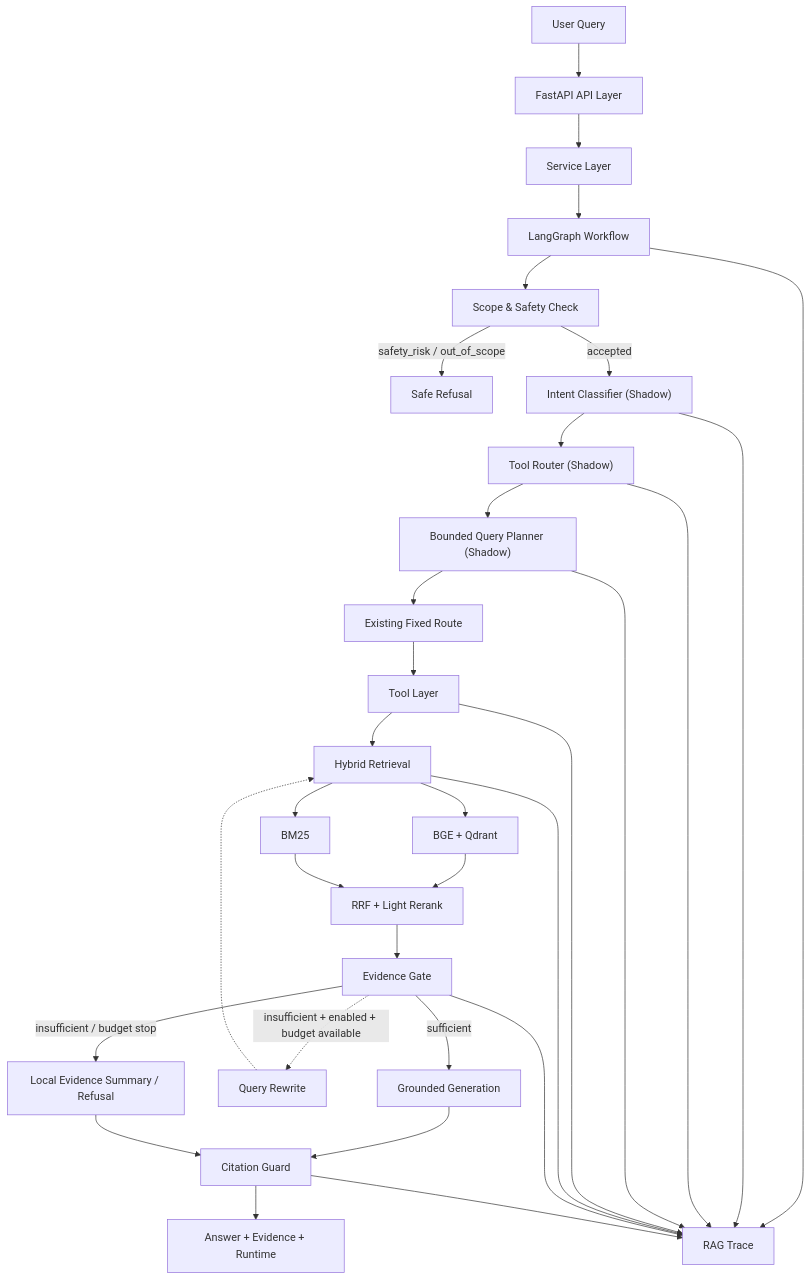
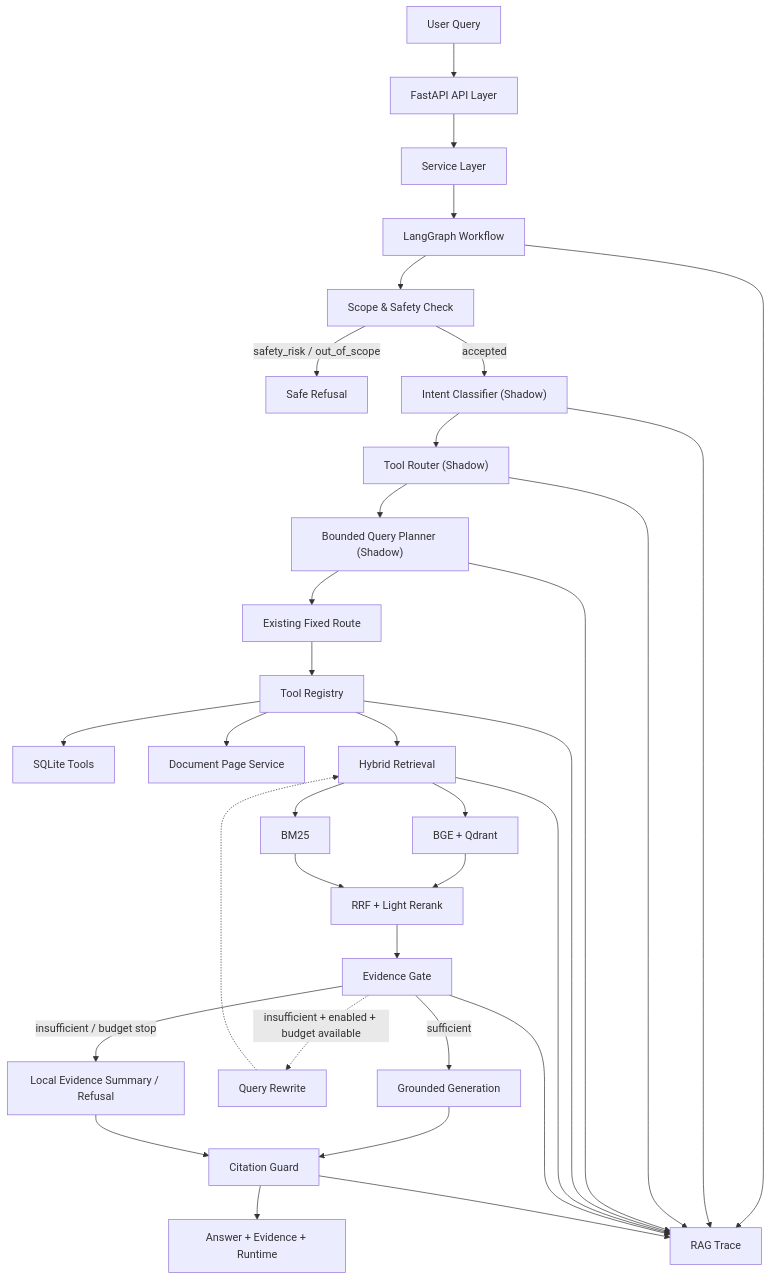
The diagram in docs/architecture.md (lesereinRU1/autoops-rag), drawn with Mermaid before and after one commit. The commit also changed other lines of this file and 48 other files, not shown here.

Commit message:
feat: add tool registry MCP server and React SSE demo

````diff
--- a/docs/architecture.md
+++ b/docs/architecture.md
@@ -7,39 +7,41 @@
 ```mermaid
 flowchart TD
     Q["User Query"] --> API["FastAPI API Layer"]
     API --> SVC["Service Layer"]
     SVC --> GRAPH["LangGraph Workflow"]
 
     GRAPH --> SAFE["Scope & Safety Check"]
     SAFE -->|"safety_risk / out_of_scope"| REFUSE["Safe Refusal"]
     SAFE -->|"accepted"| INTENT["Intent Classifier (Shadow)"]
     INTENT --> ROUTER["Tool Router (Shadow)"]
     ROUTER --> PLAN["Bounded Query Planner (Shadow)"]
 
     PLAN --> FIXED["Existing Fixed Route"]
-    FIXED --> TOOL["Tool Layer"]
-    TOOL --> SEARCH["Hybrid Retrieval"]
+    FIXED --> REGISTRY["Tool Registry"]
+    REGISTRY --> SQLITE["SQLite Tools"]
+    REGISTRY --> PAGE["Document Page Service"]
+    REGISTRY --> SEARCH["Hybrid Retrieval"]
     SEARCH --> DENSE["BGE + Qdrant"]
     SEARCH --> SPARSE["BM25"]
     DENSE --> FUSION["RRF + Light Rerank"]
     SPARSE --> FUSION
     FUSION --> GATE["Evidence Gate"]
 
     GATE -->|"sufficient"| GEN["Grounded Generation"]
     GATE -. "insufficient + enabled + budget available" .-> REWRITE["Query Rewrite"]
     REWRITE -.-> SEARCH
     GATE -->|"insufficient / budget stop"| LOCAL["Local Evidence Summary / Refusal"]
 
     GEN --> CITE["Citation Guard"]
     LOCAL --> CITE
     CITE --> OUT["Answer + Evidence + Runtime"]
 
     GRAPH --> TRACE["RAG Trace"]
     INTENT --> TRACE
     ROUTER --> TRACE
     PLAN --> TRACE
-    TOOL --> TRACE
+    REGISTRY --> TRACE
     SEARCH --> TRACE
     GATE --> TRACE
     CITE --> TRACE
 ```
````
